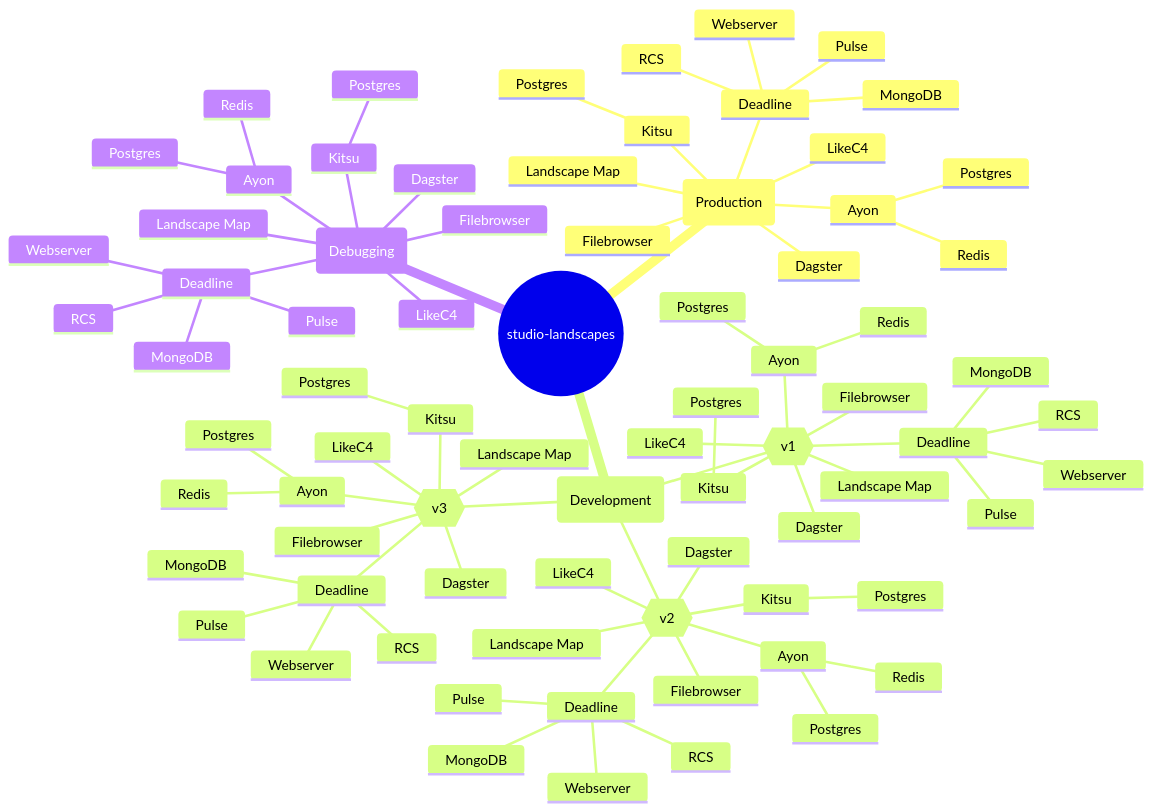
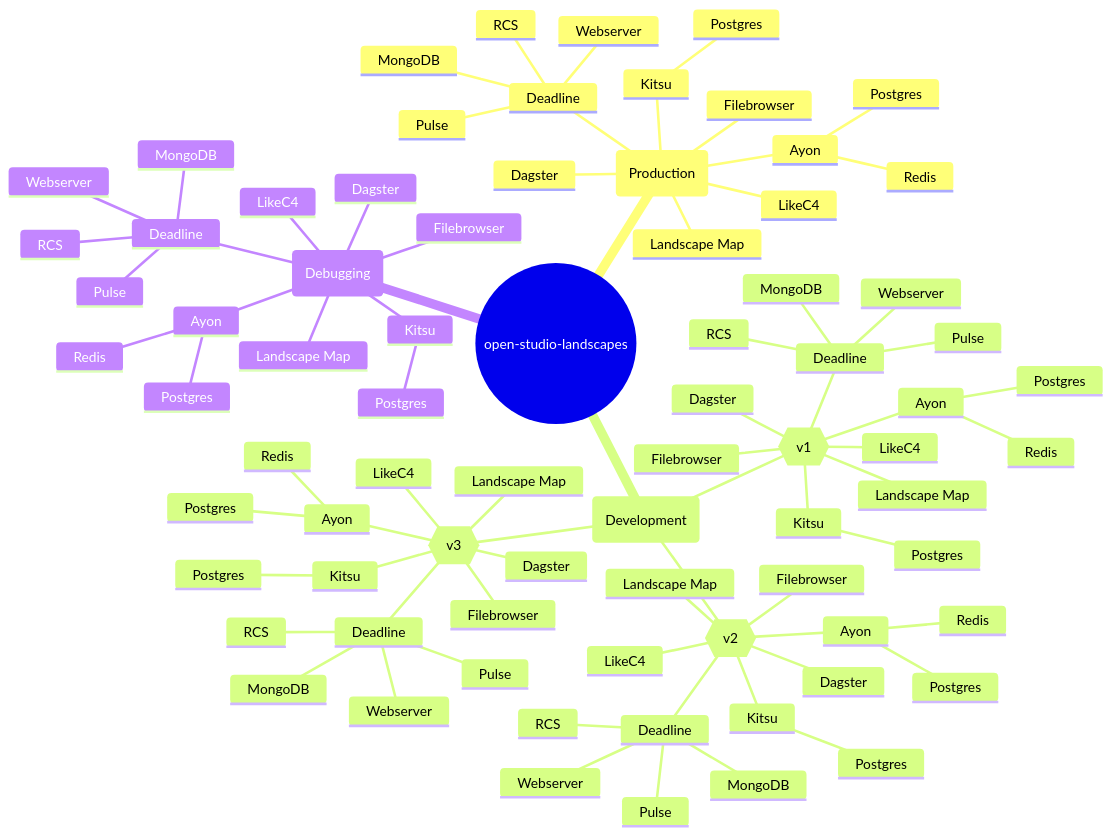
Before and after one commit to michimussato/OpenStudioLandscapes: the second of 2 diagrams in README.md, drawn with Mermaid. The commit also changed other lines of this file and 17 other files, not shown here.

````diff
--- a/README.md
+++ b/README.md
@@ -102,80 +102,80 @@
 ```mermaid
 mindmap
-root((studio-landscapes))
+root((open-studio-landscapes))
     Landscape(Production)
       Deadline
           RCS
           Webserver
           Pulse
           MongoDB
       Ayon
           Redis
           Postgres
       Kitsu
           Postgres
       Dagster
       LikeC4
       Filebrowser
       Landscape Map
     Landscape(Development)
       Version{{v1}}
         Deadline
             RCS
             Webserver
             Pulse
             MongoDB
         Ayon
             Redis
             Postgres
         Kitsu
             Postgres
         Dagster
         LikeC4
         Filebrowser
         Landscape Map
       Version{{v2}}
         Deadline
             RCS
             Webserver
             Pulse
             MongoDB
         Ayon
             Redis
             Postgres
         Kitsu
             Postgres
         Dagster
         LikeC4
         Filebrowser
         Landscape Map
       Version{{v3}}
         Deadline
             RCS
             Webserver
             Pulse
             MongoDB
         Ayon
             Redis
             Postgres
         Kitsu
             Postgres
         Dagster
         LikeC4
         Filebrowser
         Landscape Map
     Landscape(Debugging)
       Deadline
           RCS
           Webserver
           Pulse
           MongoDB
       Ayon
           Redis
           Postgres
       Kitsu
           Postgres
       Dagster
       LikeC4
       Filebrowser
       Landscape Map
 ```
````
